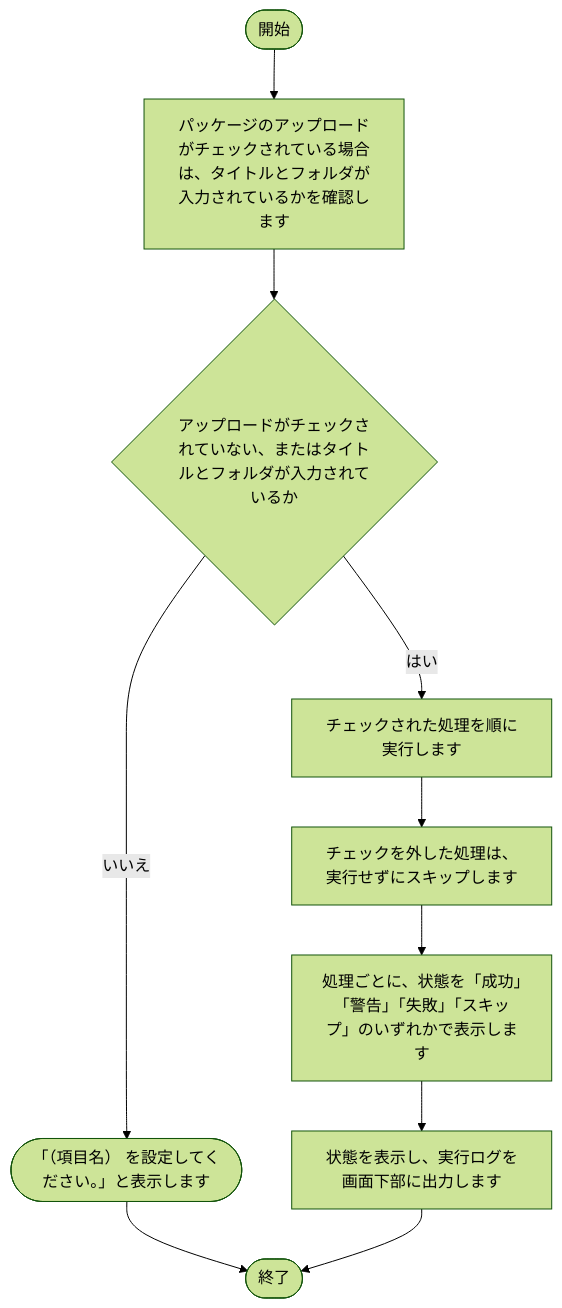
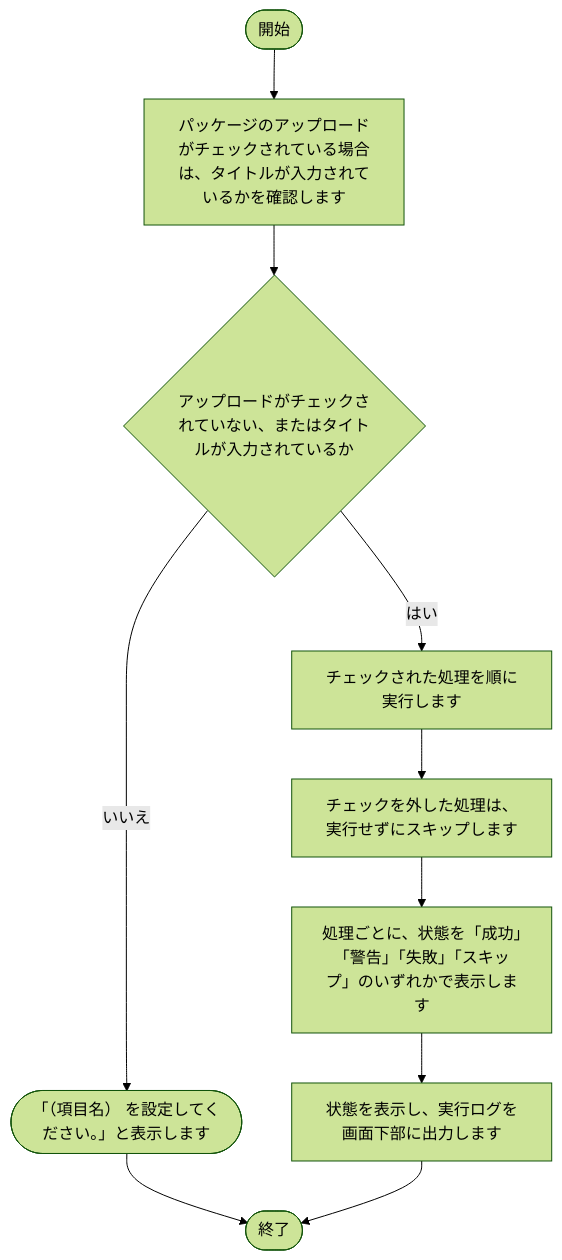
The first of 13 diagrams in tool/package-generator/doc/02_設計/処理フロー.md (nishida2073/project_management), drawn with Mermaid (forest theme) before and after one commit. The commit also changed other lines of this file and 30 other files, not shown here.

````diff
--- a/tool/package-generator/doc/02_設計/処理フロー.md
+++ b/tool/package-generator/doc/02_設計/処理フロー.md
@@ -36,21 +36,21 @@
 ```mermaid
 flowchart TD
     S(["開始"])
     E(["終了"])
-    N1["パッケージのアップロードがチェックされている場合は、タイトルとフォルダが入力されているかを確認します"]
+    N1["パッケージのアップロードがチェックされている場合は、タイトルが入力されているかを確認します"]
     S --> N1
-    N2{"アップロードがチェックされていない、またはタイトルとフォルダが入力されているか"}
+    N2{"アップロードがチェックされていない、またはタイトルが入力されているか"}
     N1 --> N2
     X1(["「（項目名） を設定してください。」と表示します"])
     N2 -- いいえ --> X1
     X1 --> E
     N3["チェックされた処理を順に実行します"]
     N2 -- はい --> N3
     N4["チェックを外した処理は、実行せずにスキップします"]
     N3 --> N4
     N5["処理ごとに、状態を「成功」「警告」「失敗」「スキップ」のいずれかで表示します"]
     N4 --> N5
     N6["状態を表示し、実行ログを画面下部に出力します"]
     N5 --> N6
     N6 --> E
 ```
````
